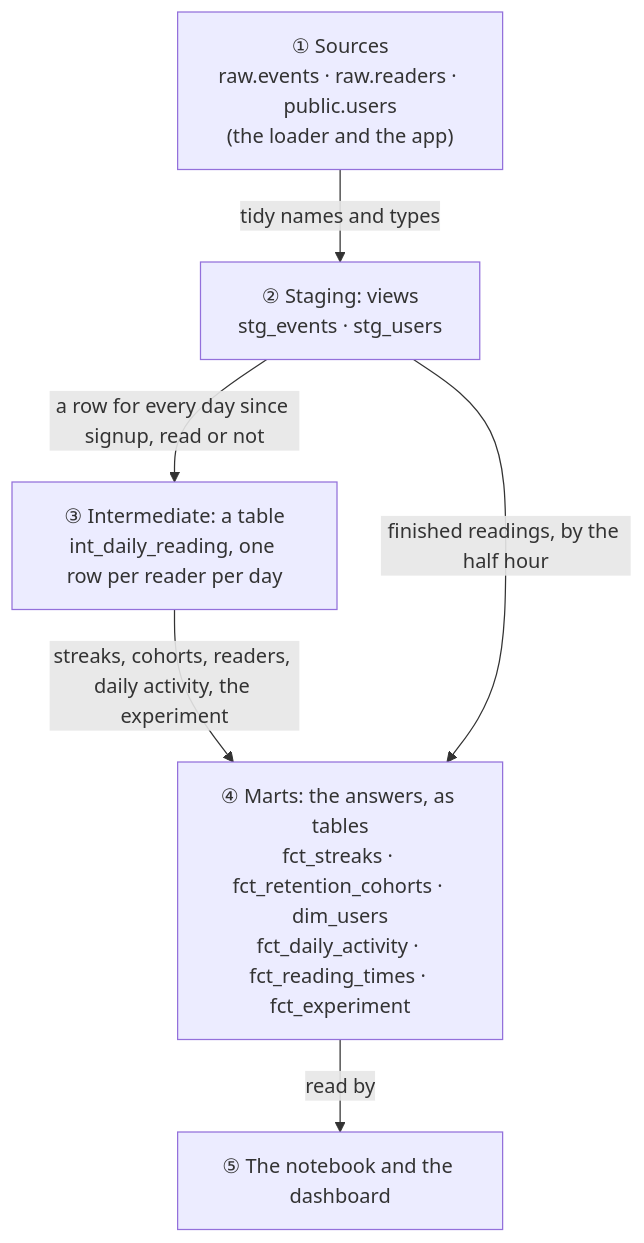
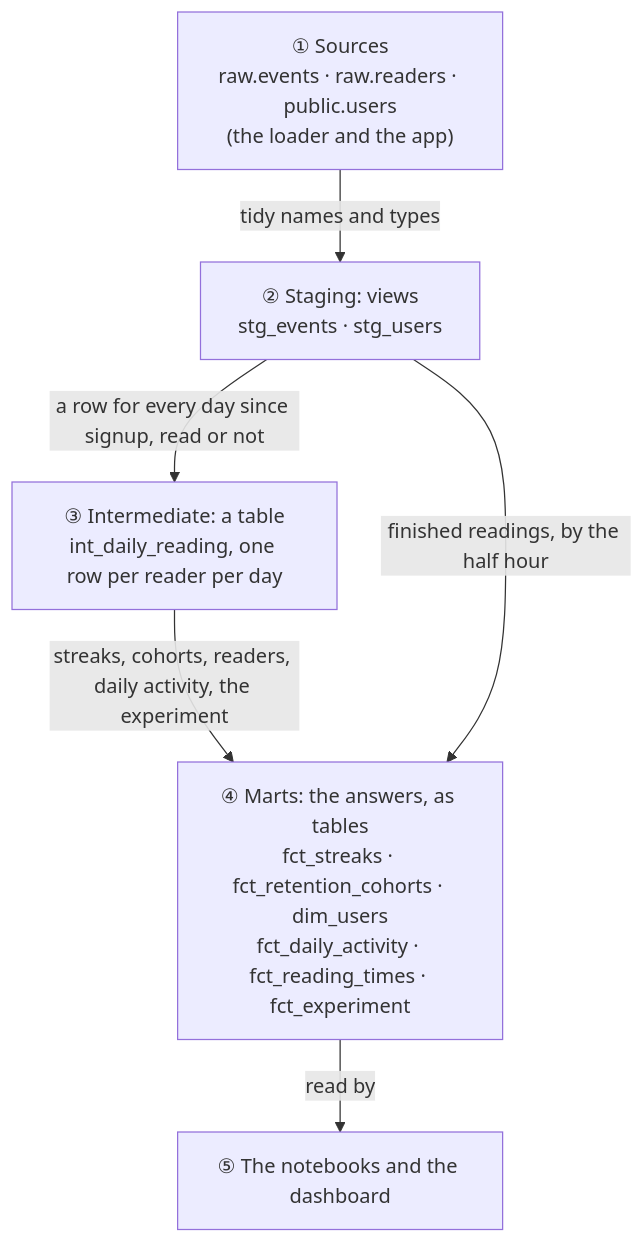
The diagram in analytics/README.md (OGobidike/Morning-Manna), drawn with Mermaid before and after one commit. The commit also changed other lines of this file and 10 other files, not shown here.

Commit message:
Draw the A/B test's story in three charts (Card 6.5.2) (#67)

````diff
--- a/analytics/README.md
+++ b/analytics/README.md
@@ -71,13 +71,13 @@
 ```mermaid
 flowchart TD
     S["① Sources<br/>raw.events · raw.readers · public.users<br/>(the loader and the app)"]
     G["② Staging: views<br/>stg_events · stg_users"]
     I["③ Intermediate: a table<br/>int_daily_reading, one row per reader per day"]
     M["④ Marts: the answers, as tables<br/>fct_streaks · fct_retention_cohorts · dim_users<br/>fct_daily_activity · fct_reading_times · fct_experiment"]
-    D["⑤ The notebook and the dashboard"]
+    D["⑤ The notebooks and the dashboard"]
     S -->|tidy names and types| G
     G -->|a row for every day since signup, read or not| I
     I -->|streaks, cohorts, readers, daily activity, the experiment| M
     G -->|finished readings, by the half hour| M
     M -->|read by| D
 ```
````
